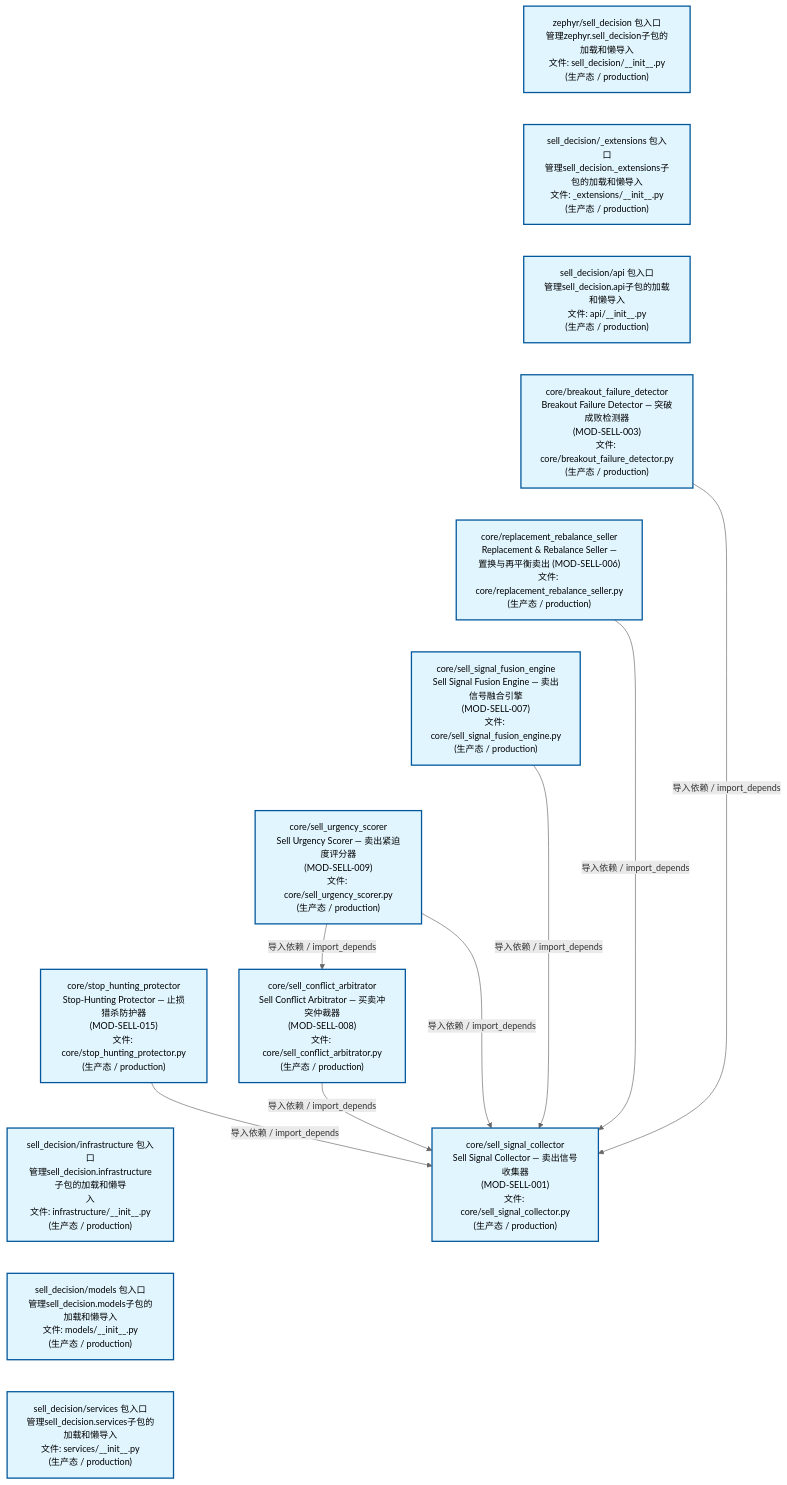
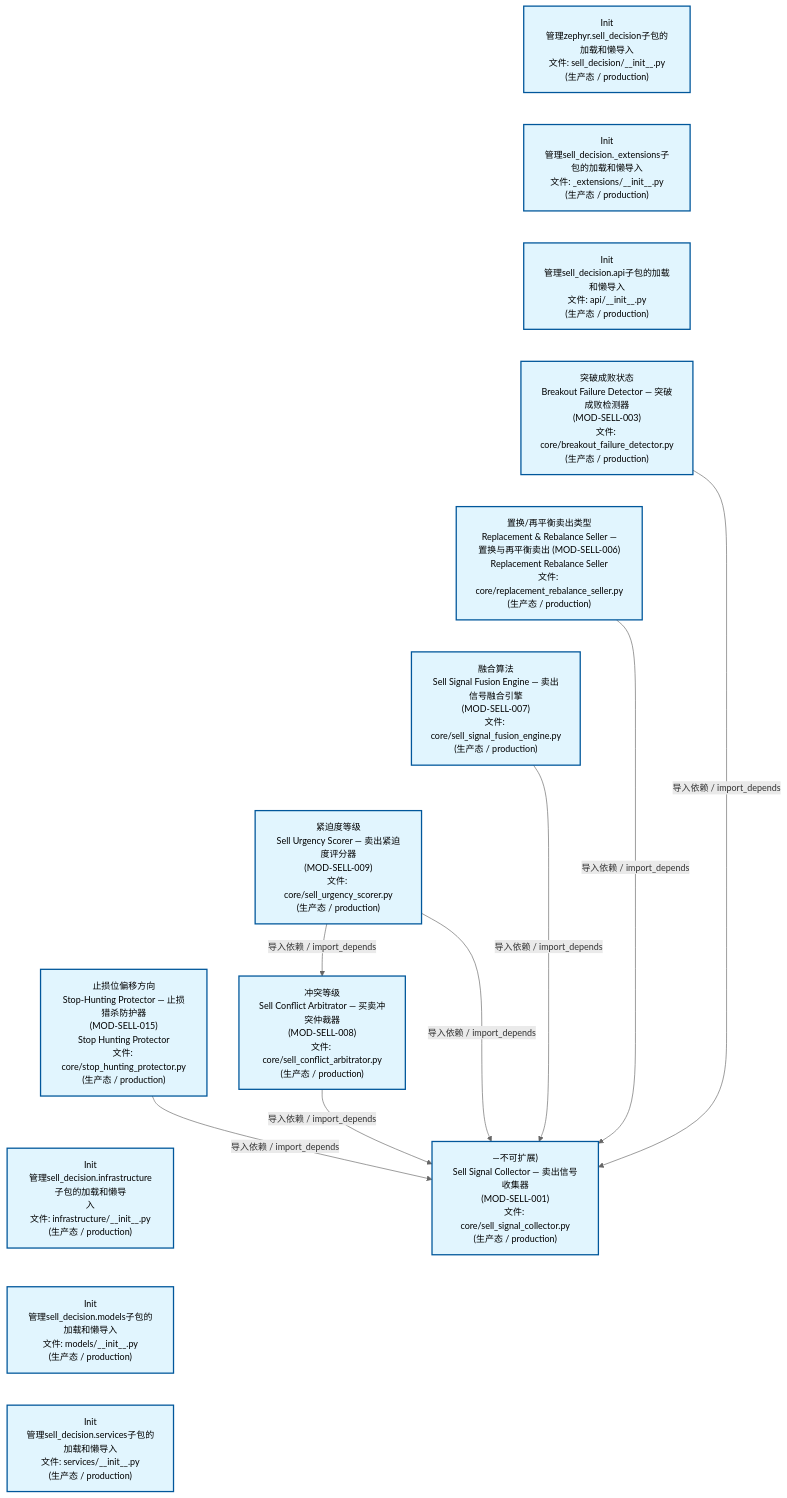
Before and after one commit to xuanFelixVan/ZephyrAlpha: the second of 4 diagrams in docs/02_enterprise_architecture/02_domain_architecture_docs/67_d_sell_decision.md, drawn with Mermaid. The commit also changed other lines of this file and 58 other files, not shown here.

````diff
--- a/docs/02_enterprise_architecture/02_domain_architecture_docs/67_d_sell_decision.md
+++ b/docs/02_enterprise_architecture/02_domain_architecture_docs/67_d_sell_decision.md
@@ -150,39 +150,39 @@
 ```mermaid
 %%{init: {'theme': 'base', 'themeVariables': {'primaryColor': '#eaeaea', 'primaryTextColor': '#333333', 'primaryBorderColor': '#666666', 'lineColor': '#666666', 'secondaryColor': '#eaeaea', 'tertiaryColor': '#eaeaea', 'fontSize': '14px'}}}%%
 flowchart TD
-    src_zephyr_sell_decision_init_py["zephyr/sell_decision 包入口<br/>管理zephyr.sell_decision子包的加载和懒导入<br/>文件: sell_decision/__init__.py<br/>(生产态 / production)"]
-    src_zephyr_sell_decision_extensions_init_py["sell_decision/_extensions 包入口<br/>管理sell_decision._extensions子包的加载和懒导入<br/>文件: _extensions/__init__.py<br/>(生产态 / production)"]
-    src_zephyr_sell_decision_api_init_py["sell_decision/api 包入口<br/>管理sell_decision.api子包的加载和懒导入<br/>文件: api/__init__.py<br/>(生产态 / production)"]
-    src_zephyr_sell_decision_core_breakout_failure_detector_py["core/breakout_failure_detector<br/>Breakout Failure Detector — 突破成败检测器<br/>(MOD-SELL-003)<br/>文件: core/breakout_failure_detector.py<br/>(生产态 / production)"]
-    src_zephyr_sell_decision_core_replacement_rebalance_seller_py["core/replacement_rebalance_seller<br/>Replacement & Rebalance Seller —<br/>置换与再平衡卖出 (MOD-SELL-006)<br/>文件: core/replacement_rebalance_seller.py<br/>(生产态 / production)"]
-    src_zephyr_sell_decision_core_sell_signal_fusion_engine_py["core/sell_signal_fusion_engine<br/>Sell Signal Fusion Engine — 卖出信号融合引擎<br/>(MOD-SELL-007)<br/>文件: core/sell_signal_fusion_engine.py<br/>(生产态 / production)"]
-    src_zephyr_sell_decision_core_sell_urgency_scorer_py["core/sell_urgency_scorer<br/>Sell Urgency Scorer — 卖出紧迫度评分器<br/>(MOD-SELL-009)<br/>文件: core/sell_urgency_scorer.py<br/>(生产态 / production)"]
-    src_zephyr_sell_decision_core_stop_hunting_protector_py["core/stop_hunting_protector<br/>Stop-Hunting Protector — 止损猎杀防护器<br/>(MOD-SELL-015)<br/>文件: core/stop_hunting_protector.py<br/>(生产态 / production)"]
-    src_zephyr_sell_decision_infrastructure_init_py["sell_decision/infrastructure 包入口<br/>管理sell_decision.infrastructure子包的加载和懒导<br/>入<br/>文件: infrastructure/__init__.py<br/>(生产态 / production)"]
-    src_zephyr_sell_decision_models_init_py["sell_decision/models 包入口<br/>管理sell_decision.models子包的加载和懒导入<br/>文件: models/__init__.py<br/>(生产态 / production)"]
-    src_zephyr_sell_decision_services_init_py["sell_decision/services 包入口<br/>管理sell_decision.services子包的加载和懒导入<br/>文件: services/__init__.py<br/>(生产态 / production)"]
+    src_zephyr_sell_decision_init_py["Init<br/>管理zephyr.sell_decision子包的加载和懒导入<br/>文件: sell_decision/__init__.py<br/>(生产态 / production)"]
+    src_zephyr_sell_decision_extensions_init_py["Init<br/>管理sell_decision._extensions子包的加载和懒导入<br/>文件: _extensions/__init__.py<br/>(生产态 / production)"]
+    src_zephyr_sell_decision_api_init_py["Init<br/>管理sell_decision.api子包的加载和懒导入<br/>文件: api/__init__.py<br/>(生产态 / production)"]
+    src_zephyr_sell_decision_core_breakout_failure_detector_py["突破成败状态<br/>Breakout Failure Detector — 突破成败检测器<br/>(MOD-SELL-003)<br/>文件: core/breakout_failure_detector.py<br/>(生产态 / production)"]
+    src_zephyr_sell_decision_core_replacement_rebalance_seller_py["置换/再平衡卖出类型<br/>Replacement & Rebalance Seller —<br/>置换与再平衡卖出 (MOD-SELL-006)<br/>Replacement Rebalance Seller<br/>文件: core/replacement_rebalance_seller.py<br/>(生产态 / production)"]
+    src_zephyr_sell_decision_core_sell_signal_fusion_engine_py["融合算法<br/>Sell Signal Fusion Engine — 卖出信号融合引擎<br/>(MOD-SELL-007)<br/>文件: core/sell_signal_fusion_engine.py<br/>(生产态 / production)"]
+    src_zephyr_sell_decision_core_sell_urgency_scorer_py["紧迫度等级<br/>Sell Urgency Scorer — 卖出紧迫度评分器<br/>(MOD-SELL-009)<br/>文件: core/sell_urgency_scorer.py<br/>(生产态 / production)"]
+    src_zephyr_sell_decision_core_stop_hunting_protector_py["止损位偏移方向<br/>Stop-Hunting Protector — 止损猎杀防护器<br/>(MOD-SELL-015)<br/>Stop Hunting Protector<br/>文件: core/stop_hunting_protector.py<br/>(生产态 / production)"]
+    src_zephyr_sell_decision_infrastructure_init_py["Init<br/>管理sell_decision.infrastructure子包的加载和懒导<br/>入<br/>文件: infrastructure/__init__.py<br/>(生产态 / production)"]
+    src_zephyr_sell_decision_models_init_py["Init<br/>管理sell_decision.models子包的加载和懒导入<br/>文件: models/__init__.py<br/>(生产态 / production)"]
+    src_zephyr_sell_decision_services_init_py["Init<br/>管理sell_decision.services子包的加载和懒导入<br/>文件: services/__init__.py<br/>(生产态 / production)"]
     src_zephyr_sell_decision_init_py ~~~ src_zephyr_sell_decision_extensions_init_py
     src_zephyr_sell_decision_extensions_init_py ~~~ src_zephyr_sell_decision_api_init_py
     src_zephyr_sell_decision_api_init_py ~~~ src_zephyr_sell_decision_core_breakout_failure_detector_py
     src_zephyr_sell_decision_core_breakout_failure_detector_py ~~~ src_zephyr_sell_decision_core_replacement_rebalance_seller_py
     src_zephyr_sell_decision_core_replacement_rebalance_seller_py ~~~ src_zephyr_sell_decision_core_sell_signal_fusion_engine_py
     src_zephyr_sell_decision_core_sell_signal_fusion_engine_py ~~~ src_zephyr_sell_decision_core_sell_urgency_scorer_py
     src_zephyr_sell_decision_core_sell_urgency_scorer_py ~~~ src_zephyr_sell_decision_core_stop_hunting_protector_py
     src_zephyr_sell_decision_core_stop_hunting_protector_py ~~~ src_zephyr_sell_decision_infrastructure_init_py
     src_zephyr_sell_decision_infrastructure_init_py ~~~ src_zephyr_sell_decision_models_init_py
     src_zephyr_sell_decision_models_init_py ~~~ src_zephyr_sell_decision_services_init_py
-    src_zephyr_sell_decision_core_sell_conflict_arbitrator_py["core/sell_conflict_arbitrator<br/>Sell Conflict Arbitrator — 买卖冲突仲裁器<br/>(MOD-SELL-008)<br/>文件: core/sell_conflict_arbitrator.py<br/>(生产态 / production)"]
-    src_zephyr_sell_decision_core_sell_signal_collector_py["core/sell_signal_collector<br/>Sell Signal Collector — 卖出信号收集器<br/>(MOD-SELL-001)<br/>文件: core/sell_signal_collector.py<br/>(生产态 / production)"]
+    src_zephyr_sell_decision_core_sell_conflict_arbitrator_py["冲突等级<br/>Sell Conflict Arbitrator — 买卖冲突仲裁器<br/>(MOD-SELL-008)<br/>文件: core/sell_conflict_arbitrator.py<br/>(生产态 / production)"]
+    src_zephyr_sell_decision_core_sell_signal_collector_py["—不可扩展)<br/>Sell Signal Collector — 卖出信号收集器<br/>(MOD-SELL-001)<br/>文件: core/sell_signal_collector.py<br/>(生产态 / production)"]
     src_zephyr_sell_decision_core_breakout_failure_detector_py -->|导入依赖 / import_depends| src_zephyr_sell_decision_core_sell_signal_collector_py
-    src_zephyr_sell_decision_core_sell_signal_fusion_engine_py -->|导入依赖 / import_depends| src_zephyr_sell_decision_core_sell_signal_collector_py
     src_zephyr_sell_decision_core_sell_conflict_arbitrator_py -->|导入依赖 / import_depends| src_zephyr_sell_decision_core_sell_signal_collector_py
-    src_zephyr_sell_decision_core_replacement_rebalance_seller_py -->|导入依赖 / import_depends| src_zephyr_sell_decision_core_sell_signal_collector_py
     src_zephyr_sell_decision_core_stop_hunting_protector_py -->|导入依赖 / import_depends| src_zephyr_sell_decision_core_sell_signal_collector_py
     src_zephyr_sell_decision_core_sell_urgency_scorer_py -->|导入依赖 / import_depends| src_zephyr_sell_decision_core_sell_conflict_arbitrator_py
     src_zephyr_sell_decision_core_sell_urgency_scorer_py -->|导入依赖 / import_depends| src_zephyr_sell_decision_core_sell_signal_collector_py
+    src_zephyr_sell_decision_core_sell_signal_fusion_engine_py -->|导入依赖 / import_depends| src_zephyr_sell_decision_core_sell_signal_collector_py
+    src_zephyr_sell_decision_core_replacement_rebalance_seller_py -->|导入依赖 / import_depends| src_zephyr_sell_decision_core_sell_signal_collector_py
     classDef production fill:#e1f5fe,stroke:#01579b,stroke-width:2px,color:#000
     classDef design fill:#fff3e0,stroke:#e65100,stroke-width:2px,color:#000,stroke-dasharray: 5 5
     classDef external_prod fill:#e8f4fd,stroke:#0277bd,stroke-width:1px,color:#000
     classDef external_design fill:#fff8e7,stroke:#ef6c00,stroke-width:1px,color:#000,stroke-dasharray: 5 5
     class src_zephyr_sell_decision_init_py,src_zephyr_sell_decision_extensions_init_py,src_zephyr_sell_decision_api_init_py,src_zephyr_sell_decision_core_breakout_failure_detector_py,src_zephyr_sell_decision_core_replacement_rebalance_seller_py,src_zephyr_sell_decision_core_sell_conflict_arbitrator_py,src_zephyr_sell_decision_core_sell_signal_collector_py,src_zephyr_sell_decision_core_sell_signal_fusion_engine_py,src_zephyr_sell_decision_core_sell_urgency_scorer_py,src_zephyr_sell_decision_core_stop_hunting_protector_py,src_zephyr_sell_decision_infrastructure_init_py,src_zephyr_sell_decision_models_init_py,src_zephyr_sell_decision_services_init_py production
 ```
````
